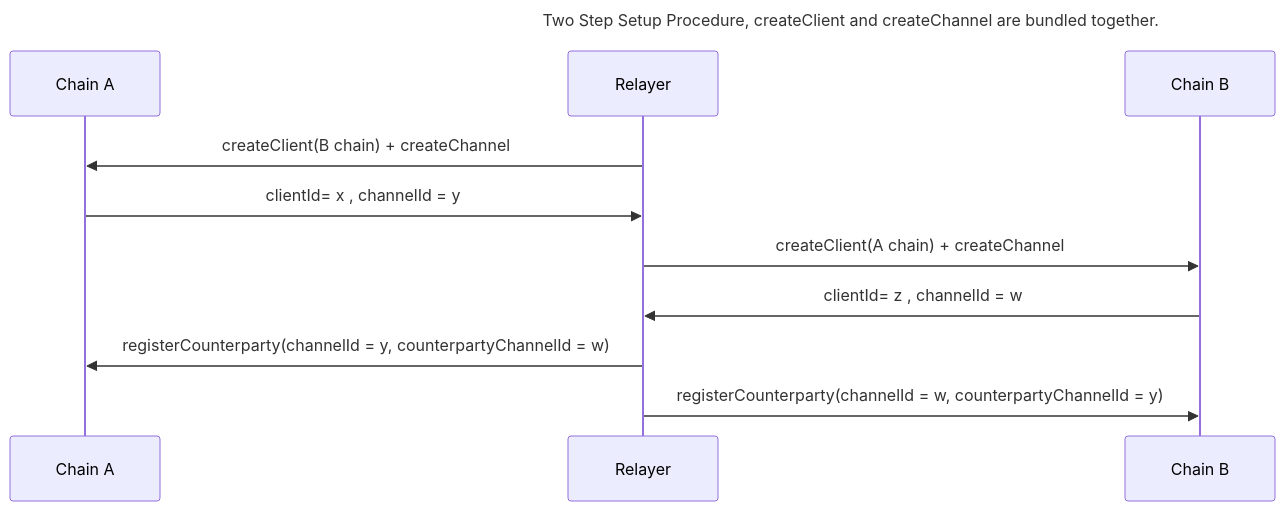
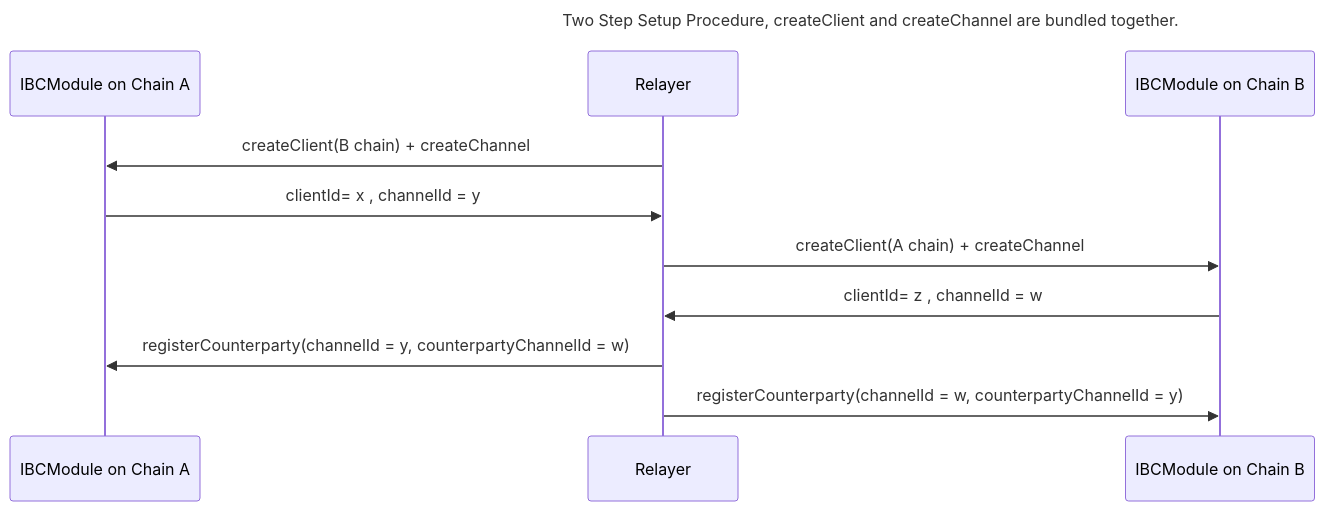
The first of 5 diagrams in spec/core/v2/ics-004-channel-and-packet-semantics/README.md (cosmos/ibc), drawn with Mermaid before and after one commit. The commit also changed other lines of this file and 1 other file, not shown here.

````diff
--- a/spec/core/v2/ics-004-channel-and-packet-semantics/README.md
+++ b/spec/core/v2/ics-004-channel-and-packet-semantics/README.md
@@ -232,15 +232,15 @@
 ```mermaid
 ---
 title: Two Step Setup Procedure, createClient and createChannel are bundled together.  
 ---
 sequenceDiagram  
-    Participant Chain A
+    Participant IBCModule on Chain A
     Participant Relayer 
-    Participant Chain B
-    Relayer ->> Chain A : createClient(B chain) + createChannel
-    Chain A ->> Relayer : clientId= x , channelId = y
-    Relayer ->> Chain B : createClient(A chain) + createChannel
-    Chain B ->> Relayer : clientId= z , channelId = w
-    Relayer ->> Chain A : registerCounterparty(channelId = y, counterpartyChannelId = w)
-    Relayer ->> Chain B : registerCounterparty(channelId = w, counterpartyChannelId = y) 
+    Participant IBCModule on Chain B
+    Relayer ->> IBCModule on Chain A : createClient(B chain) + createChannel
+    IBCModule on Chain A ->> Relayer : clientId= x , channelId = y
+    Relayer ->> IBCModule on Chain B : createClient(A chain) + createChannel
+    IBCModule on Chain B ->> Relayer : clientId= z , channelId = w
+    Relayer ->> IBCModule on Chain A : registerCounterparty(channelId = y, counterpartyChannelId = w)
+    Relayer ->> IBCModule on Chain B : registerCounterparty(channelId = w, counterpartyChannelId = y) 
 ```
````
